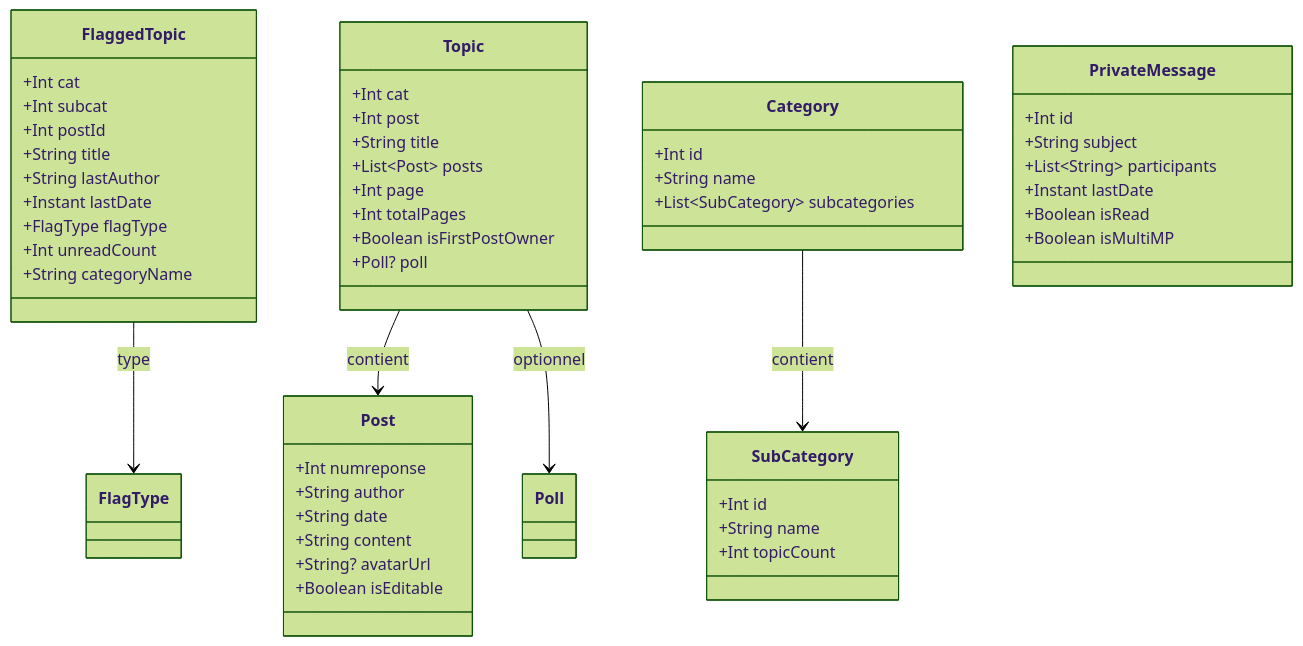
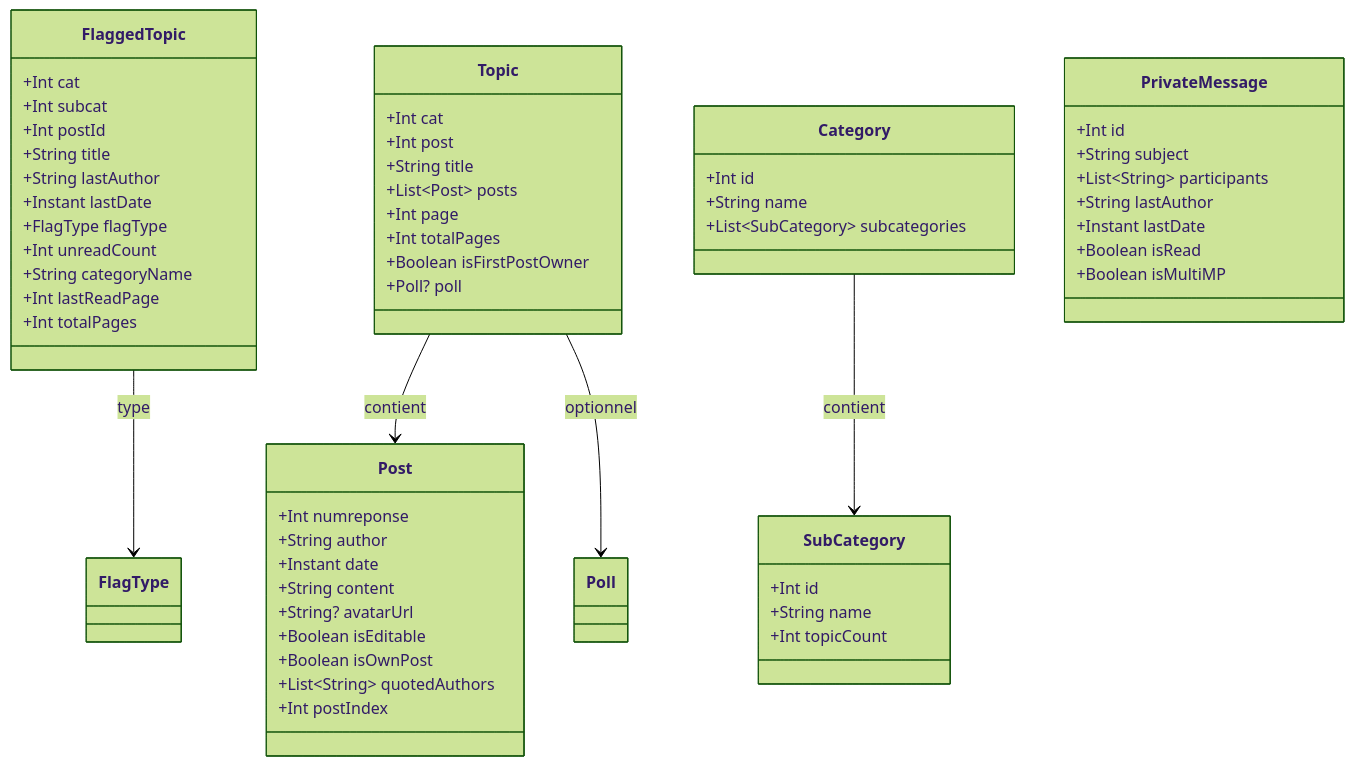
One commit to ForumHFR/redface2 changed the diagram in docs/models.md. Above: the diagram before and after it, drawn with Mermaid (forest theme). The commit also changed other lines of this file and 7 other files, not shown here.

First line of the commit message:
fix(spec): apply architecture audit — 24 corrections across all spec pages

````diff
--- a/docs/models.md
+++ b/docs/models.md
@@ -17,60 +17,66 @@
 ```mermaid
 classDiagram
     class FlaggedTopic {
         +Int cat
         +Int subcat
         +Int postId
         +String title
         +String lastAuthor
         +Instant lastDate
         +FlagType flagType
         +Int unreadCount
         +String categoryName
+        +Int lastReadPage
+        +Int totalPages
     }
 
     class Topic {
         +Int cat
         +Int post
         +String title
         +List~Post~ posts
         +Int page
         +Int totalPages
         +Boolean isFirstPostOwner
         +Poll? poll
     }
 
     class Post {
         +Int numreponse
         +String author
-        +String date
+        +Instant date
         +String content
         +String? avatarUrl
         +Boolean isEditable
+        +Boolean isOwnPost
+        +List~String~ quotedAuthors
+        +Int postIndex
     }
 
     class Category {
         +Int id
         +String name
         +List~SubCategory~ subcategories
     }
 
     class SubCategory {
         +Int id
         +String name
         +Int topicCount
     }
 
     class PrivateMessage {
         +Int id
         +String subject
         +List~String~ participants
+        +String lastAuthor
         +Instant lastDate
         +Boolean isRead
         +Boolean isMultiMP
     }
 
     Topic --> Post : contient
     Topic --> Poll : optionnel
     Category --> SubCategory : contient
     FlaggedTopic --> FlagType : type
 ```
````
